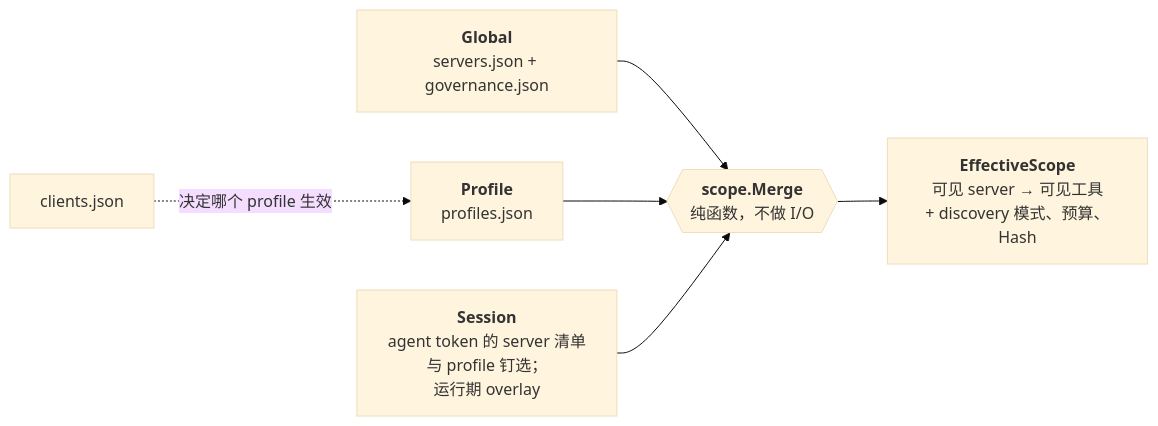
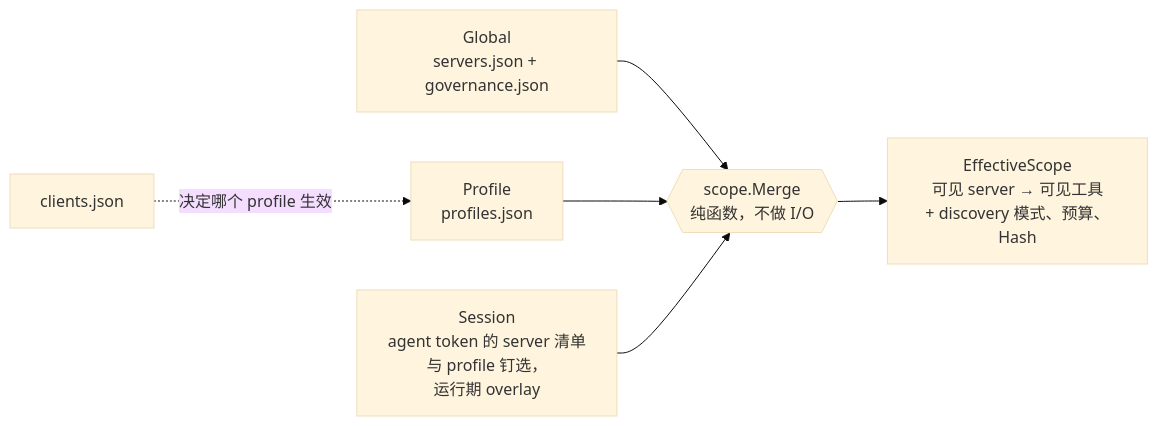
One commit to dinstein/agent-hub changed the second of 3 diagrams in docs/zh-CN/model.md. Above: the diagram before and after it, drawn with Mermaid (base theme). The commit also changed other lines of this file and 6 other files, not shown here.

````diff
--- a/docs/zh-CN/model.md
+++ b/docs/zh-CN/model.md
@@ -52,8 +52,8 @@
 ```mermaid
 flowchart LR
-    G["<b>Global</b><br/>servers.json + governance.json"] --> M
-    P["<b>Profile</b><br/>profiles.json"] --> M
-    SS["<b>Session</b><br/>agent token 的 server 清单与 profile 钉选；<br/>运行期 overlay"] --> M
-    M{{"<b>scope.Merge</b><br/>纯函数，不做 I/O"}} --> E["<b>EffectiveScope</b><br/>可见 server → 可见工具<br/>+ discovery 模式、预算、Hash"]
+    G["Global<br/>servers.json + governance.json"] --> M
+    P["Profile<br/>profiles.json"] --> M
+    SS["Session<br/>agent token 的 server 清单与 profile 钉选，<br/>运行期 overlay"] --> M
+    M{{"scope.Merge<br/>纯函数，不做 I/O"}} --> E["EffectiveScope<br/>可见 server → 可见工具<br/>+ discovery 模式、预算、Hash"]
     CL["clients.json"] -. "决定哪个 profile 生效" .-> P
 ```
````
